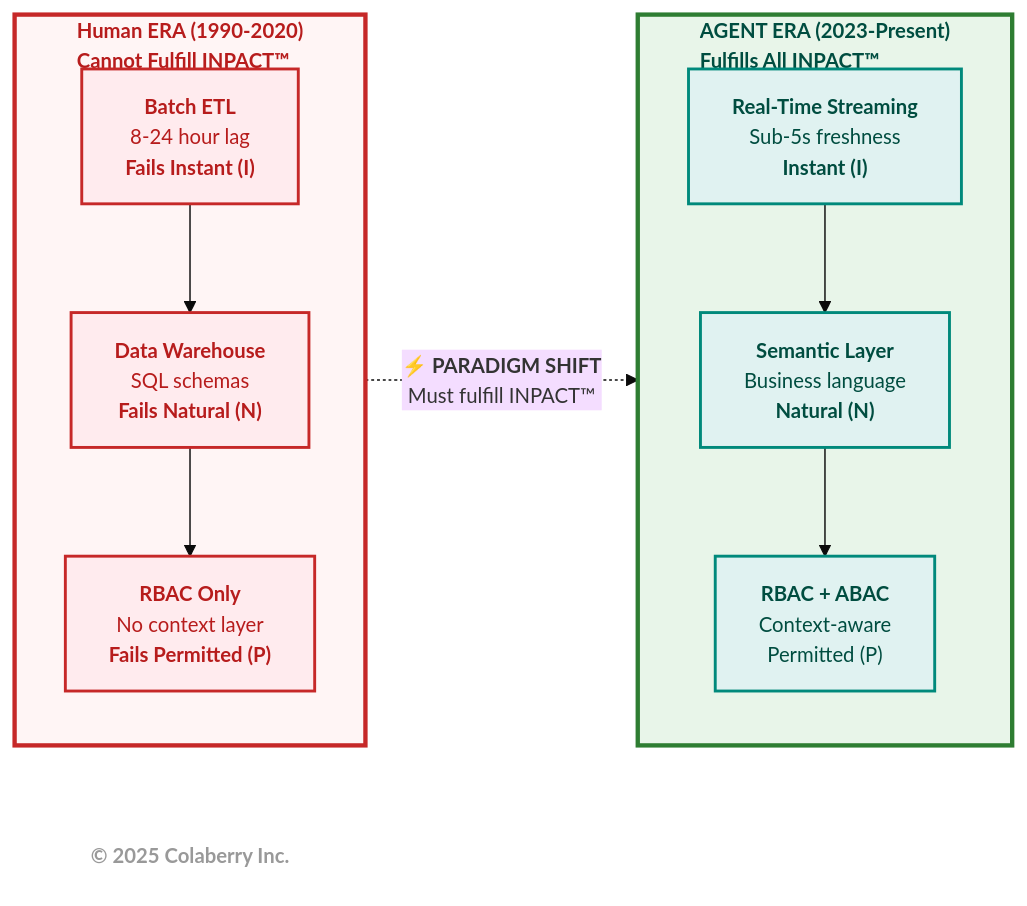
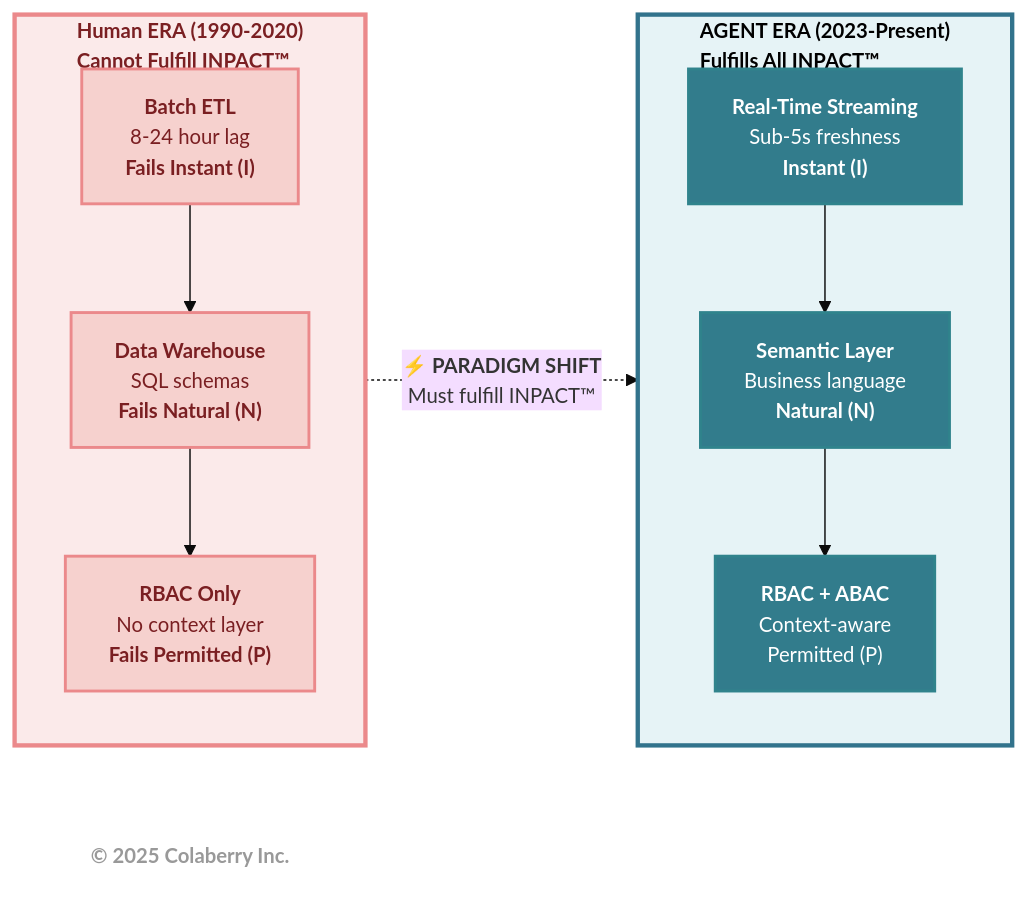
The fifth of 6 diagrams in manuscript/02_chapter_1_why_agents_fail.md (colaberry/trust-before-intelligence-book), drawn with Mermaid before and after one commit. The commit also changed other lines of this file, not shown here.

Commit message:
Update mermaid diagrams as per new coloberry color and contrast ratio for chapter 2

````diff
--- a/manuscript/02_chapter_1_why_agents_fail.md
+++ b/manuscript/02_chapter_1_why_agents_fail.md
@@ -565,43 +565,43 @@
 ```mermaid
 %%{init: {'theme':'base', 'themeVariables': {'fontSize':'14px'}}}%%
 
 graph LR
     %% BI ERA (1990-2020) - Red Subgraph
     subgraph BI["<b>Human ERA (1990-2020) <br/> Cannot Fulfill INPACT™</b><br/>"]
         direction TB
         ETL["<b>Batch ETL</b><br/>8-24 hour lag<br/><b> Fails Instant (I)</b>"]
         DW["<b>Data Warehouse</b><br/>SQL schemas<br/><b> Fails Natural (N)</b>"]
         RBAC["<b>RBAC Only</b><br/>No context layer<br/><b> Fails Permitted (P)</b>"]
         
         ETL --> DW --> RBAC
     end
     
     %% PARADIGM SHIFT - Bold Arrow
     BI -.->|"<b>⚡ PARADIGM SHIFT</b><br/>Must fulfill INPACT™"| AGENT
     
     %% AGENT ERA (2023-) - Green Subgraph
     subgraph AGENT["<b>AGENT ERA (2023-Present) <br/> Fulfills All INPACT™</b><br/>"]
         direction TB
         STREAM["<b>Real-Time Streaming</b><br/>Sub-5s freshness<br/><b> Instant (I)</b>"]
         SEMANTIC["<b>Semantic Layer</b><br/>Business language<br/><b> Natural (N)</b>"]
         ABAC["<b>RBAC + ABAC</b><br/>Context-aware<br/> Permitted (P)"]
         
         STREAM --> SEMANTIC --> ABAC
     end
     
     %% Styling - CORRECTED COLORS FROM APPROVED PALETTE
-    style BI fill:#fff5f5,stroke:#c62828,stroke-width:3px,color:#b71c1c
-    style AGENT fill:#e8f5e9,stroke:#2e7d32,stroke-width:3px,color:#004d40
+    style BI fill:#FBEAEA,stroke:#EB898B,stroke-width:3px,color:#7A1F22
+    style AGENT fill:#E6F3F6,stroke:#32738C,stroke-width:3px,color:#000000
+
+    style ETL fill:#F6D1CE,stroke:#EB898B,stroke-width:2px,color:#7A1F22
+    style DW fill:#F6D1CE,stroke:#EB898B,stroke-width:2px,color:#7A1F22
+    style RBAC fill:#F6D1CE,stroke:#EB898B,stroke-width:2px,color:#7A1F22
     
-    style ETL fill:#ffebee,stroke:#c62828,stroke-width:2px,color:#b71c1c
-    style DW fill:#ffebee,stroke:#c62828,stroke-width:2px,color:#b71c1c
-    style RBAC fill:#ffebee,stroke:#c62828,stroke-width:2px,color:#b71c1c
-    
-    style STREAM fill:#e0f2f1,stroke:#00897b,stroke-width:2px,color:#004d40
-    style SEMANTIC fill:#e0f2f1,stroke:#00897b,stroke-width:2px,color:#004d40
-    style ABAC fill:#e0f2f1,stroke:#00897b,stroke-width:2px,color:#004d40
+    style STREAM fill:#327C8C,stroke:#30838C,stroke-width:2px,color:#ffffff
+    style SEMANTIC fill:#327C8C,stroke:#30838C,stroke-width:2px,color:#ffffff
+    style ABAC fill:#327C8C,stroke:#30838C,stroke-width:2px,color:#ffffff
     
     %% Copyright (MANDATORY)
     CR["<b>© 2025 Colaberry Inc.</b>"]
     style CR fill:none,stroke:none,color:#999999
 ```
````
